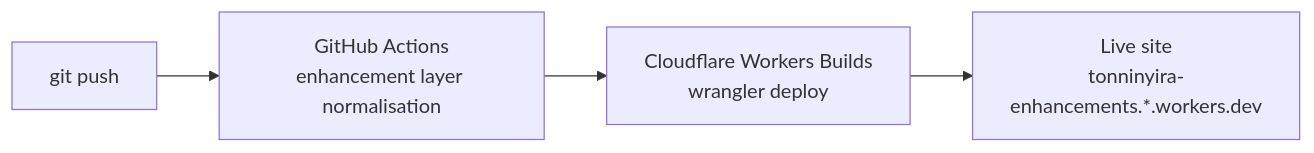
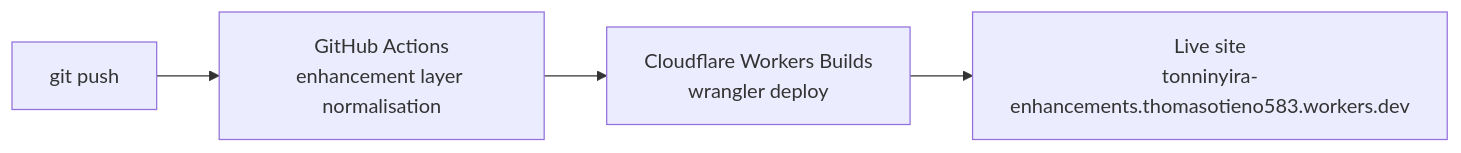
The fourth of 4 diagrams in docs/ARCHITECTURE.md (SpeakPower-commits/tonninyira), drawn with Mermaid before and after one commit. The commit also changed other lines of this file and 19 other files, not shown here.

````diff
--- a/docs/ARCHITECTURE.md
+++ b/docs/ARCHITECTURE.md
@@ -240,6 +240,6 @@
 ```mermaid
 flowchart LR
   A["git push"] --> B["GitHub Actions<br/>enhancement layer normalisation"]
   B --> C["Cloudflare Workers Builds<br/>wrangler deploy"]
-  C --> D["Live site<br/>tonninyira-enhancements.*.workers.dev"]
+  C --> D["Live site<br/>tonninyira-enhancements.thomasotieno583.workers.dev"]
 ```
````
